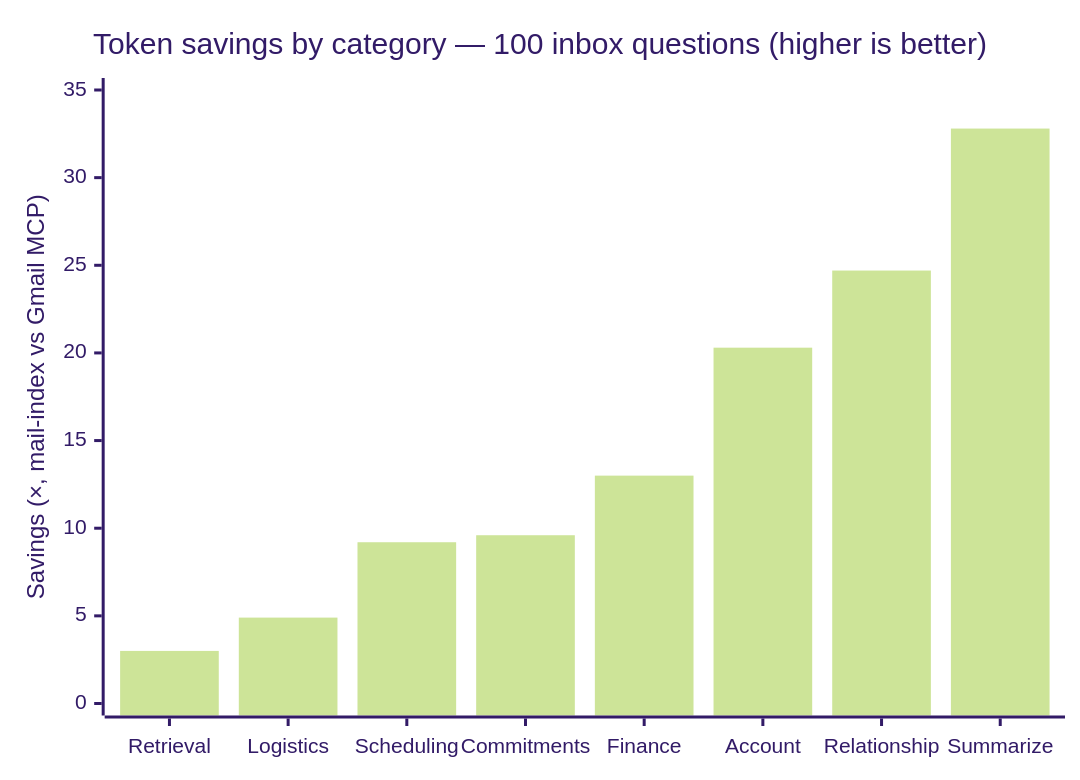
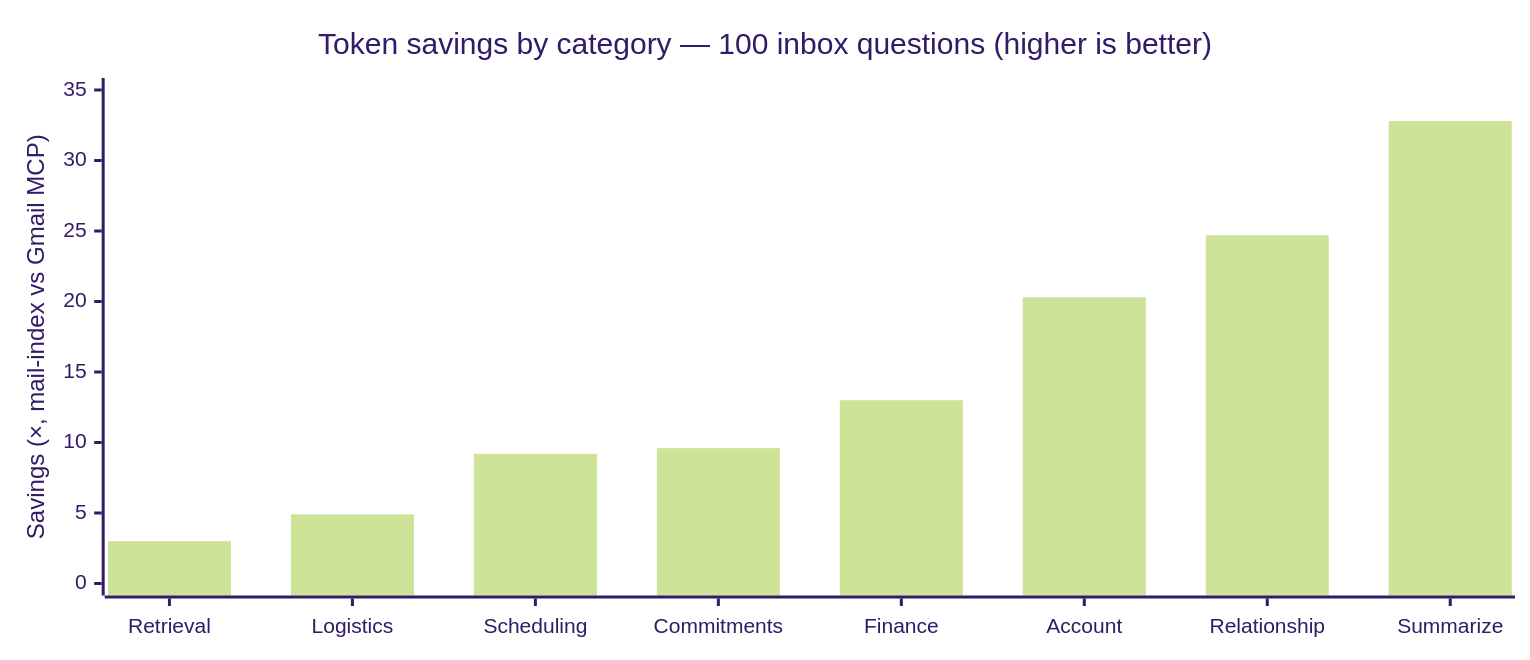
The diagram in README.md (alunsoldantarctica/mail-index), drawn with Mermaid (forest theme) before and after one commit. The commit also changed other lines of this file and 10 other files, not shown here.

````diff
--- a/README.md
+++ b/README.md
@@ -163,7 +104,8 @@
 ```mermaid
+%%{init: {"xyChart": {"width": 1000, "height": 420}}}%%
 xychart-beta
     title "Token savings by category — 100 inbox questions (higher is better)"
     x-axis ["Retrieval", "Logistics", "Scheduling", "Commitments", "Finance", "Account", "Relationship", "Summarize"]
     y-axis "Savings (×, mail-index vs Gmail MCP)" 0 --> 35
     bar [3.0, 4.9, 9.2, 9.6, 13.0, 20.3, 24.7, 32.8]
 ```
````
